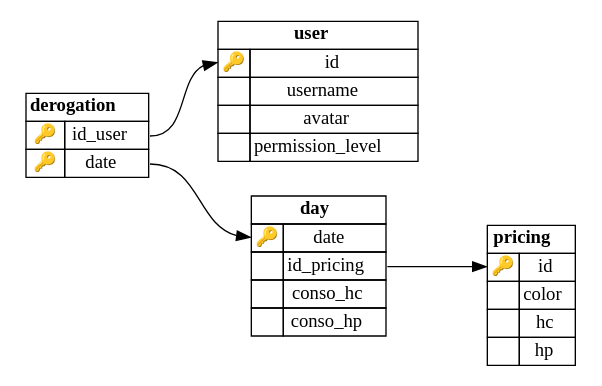
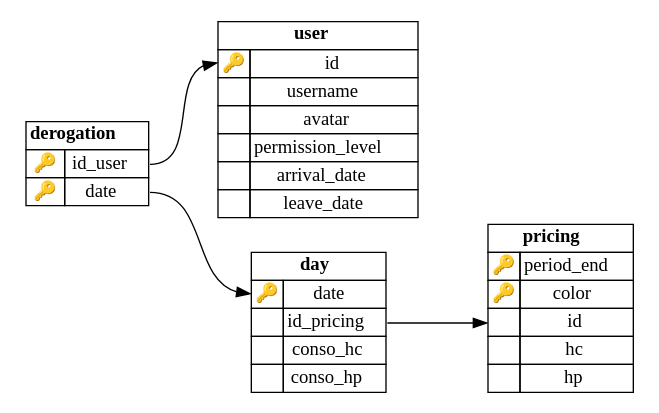
The diagram in schema.dot (Mijux/tempo-server-management), drawn with Graphviz before and after one commit. The commit also changed 12 other files, not shown here.

```diff
--- a/schema.dot
+++ b/schema.dot
@@ -1,130 +1,148 @@
 
 digraph structs {
 
 
 rankdir="LR"
 
 
 node [shape=none]
 
 day [label=<
             <TABLE BORDER="0" CELLSPACING="0" CELLBORDER="1">
                 <TR>
                     <TD COLSPAN="2"><B>day</B></TD>
                 </TR>
             
                 <TR>
                     <TD PORT="date_to">🔑</TD>
                     <TD PORT="date_from">date</TD>
                 </TR>
             
 
                 <TR>
                     <TD PORT="id_pricing_to">&nbsp;</TD>
                     <TD PORT="id_pricing_from">id_pricing</TD>
                 </TR>
             
 
                 <TR>
                     <TD PORT="conso_hc_to">&nbsp;</TD>
                     <TD PORT="conso_hc_from">conso_hc</TD>
                 </TR>
             
 
                 <TR>
                     <TD PORT="conso_hp_to">&nbsp;</TD>
                     <TD PORT="conso_hp_from">conso_hp</TD>
                 </TR>
             
             </TABLE>
         >];
         
 derogation [label=<
             <TABLE BORDER="0" CELLSPACING="0" CELLBORDER="1">
                 <TR>
                     <TD COLSPAN="2"><B>derogation</B></TD>
                 </TR>
             
                 <TR>
                     <TD PORT="id_user_to">🔑</TD>
                     <TD PORT="id_user_from">id_user</TD>
                 </TR>
             
 
                 <TR>
                     <TD PORT="date_to">🔑</TD>
                     <TD PORT="date_from">date</TD>
                 </TR>
             
             </TABLE>
         >];
         
 pricing [label=<
             <TABLE BORDER="0" CELLSPACING="0" CELLBORDER="1">
                 <TR>
                     <TD COLSPAN="2"><B>pricing</B></TD>
                 </TR>
             
                 <TR>
-                    <TD PORT="id_to">🔑</TD>
-                    <TD PORT="id_from">id</TD>
+                    <TD PORT="period_end_to">🔑</TD>
+                    <TD PORT="period_end_from">period_end</TD>
                 </TR>
             
 
                 <TR>
-                    <TD PORT="color_to">&nbsp;</TD>
+                    <TD PORT="color_to">🔑</TD>
                     <TD PORT="color_from">color</TD>
+                </TR>
+            
+
+                <TR>
+                    <TD PORT="id_to">&nbsp;</TD>
+                    <TD PORT="id_from">id</TD>
                 </TR>
             
 
                 <TR>
                     <TD PORT="hc_to">&nbsp;</TD>
                     <TD PORT="hc_from">hc</TD>
                 </TR>
             
 
                 <TR>
                     <TD PORT="hp_to">&nbsp;</TD>
                     <TD PORT="hp_from">hp</TD>
                 </TR>
             
             </TABLE>
         >];
         
 user [label=<
             <TABLE BORDER="0" CELLSPACING="0" CELLBORDER="1">
                 <TR>
                     <TD COLSPAN="2"><B>user</B></TD>
                 </TR>
             
                 <TR>
                     <TD PORT="id_to">🔑</TD>
                     <TD PORT="id_from">id</TD>
                 </TR>
             
 
                 <TR>
                     <TD PORT="username_to">&nbsp;</TD>
                     <TD PORT="username_from">username</TD>
                 </TR>
             
 
                 <TR>
                     <TD PORT="avatar_to">&nbsp;</TD>
                     <TD PORT="avatar_from">avatar</TD>
                 </TR>
             
 
                 <TR>
                     <TD PORT="permission_level_to">&nbsp;</TD>
                     <TD PORT="permission_level_from">permission_level</TD>
                 </TR>
             
+
+                <TR>
+                    <TD PORT="arrival_date_to">&nbsp;</TD>
+                    <TD PORT="arrival_date_from">arrival_date</TD>
+                </TR>
+            
+
+                <TR>
+                    <TD PORT="leave_date_to">&nbsp;</TD>
+                    <TD PORT="leave_date_from">leave_date</TD>
+                </TR>
+            
             </TABLE>
         >];
         
 derogation:date_from:e -> day:date_to:w
 derogation:id_user_from:e -> user:id_to:w
 day:id_pricing_from:e -> pricing:id_to:w
 
 }
```
